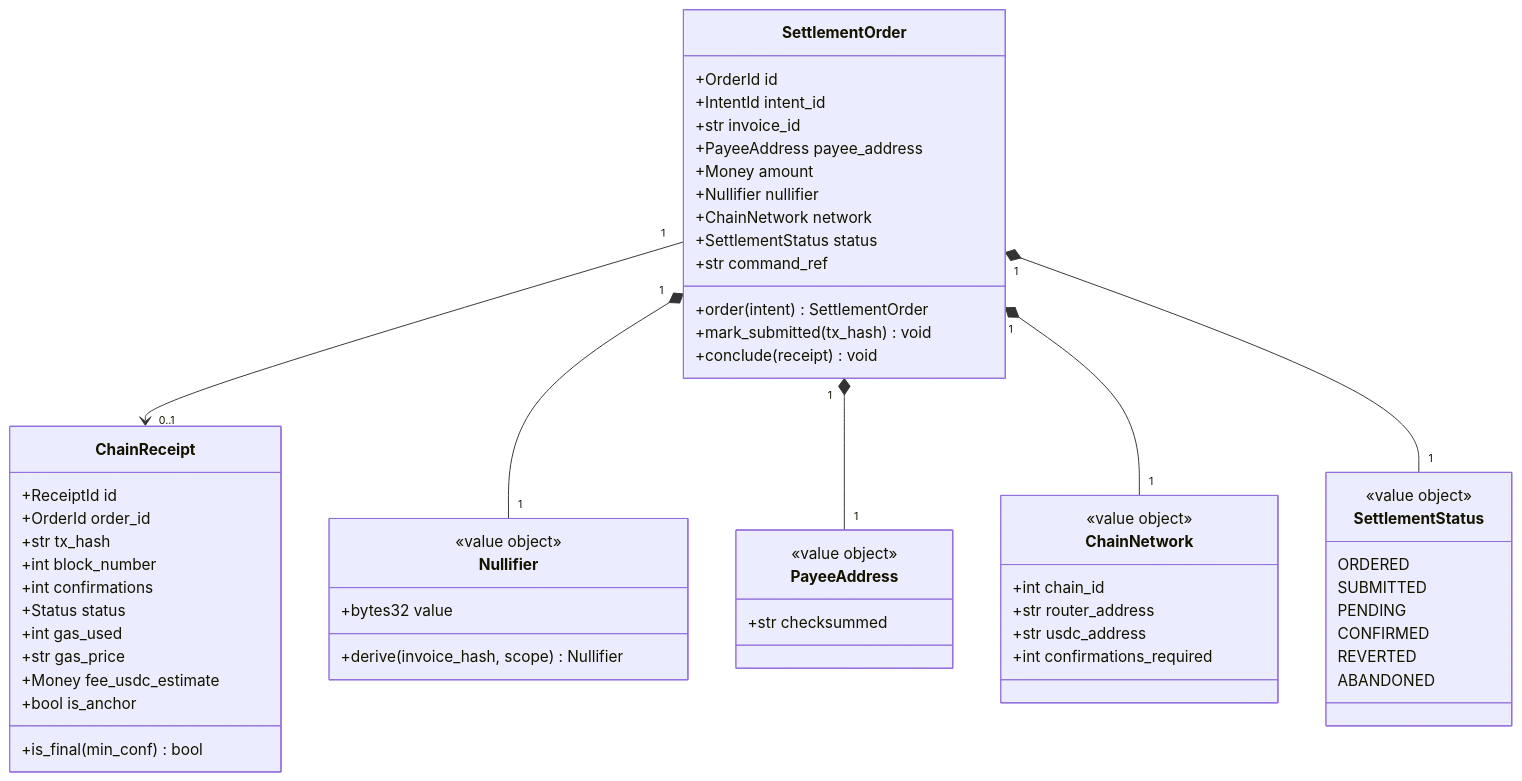
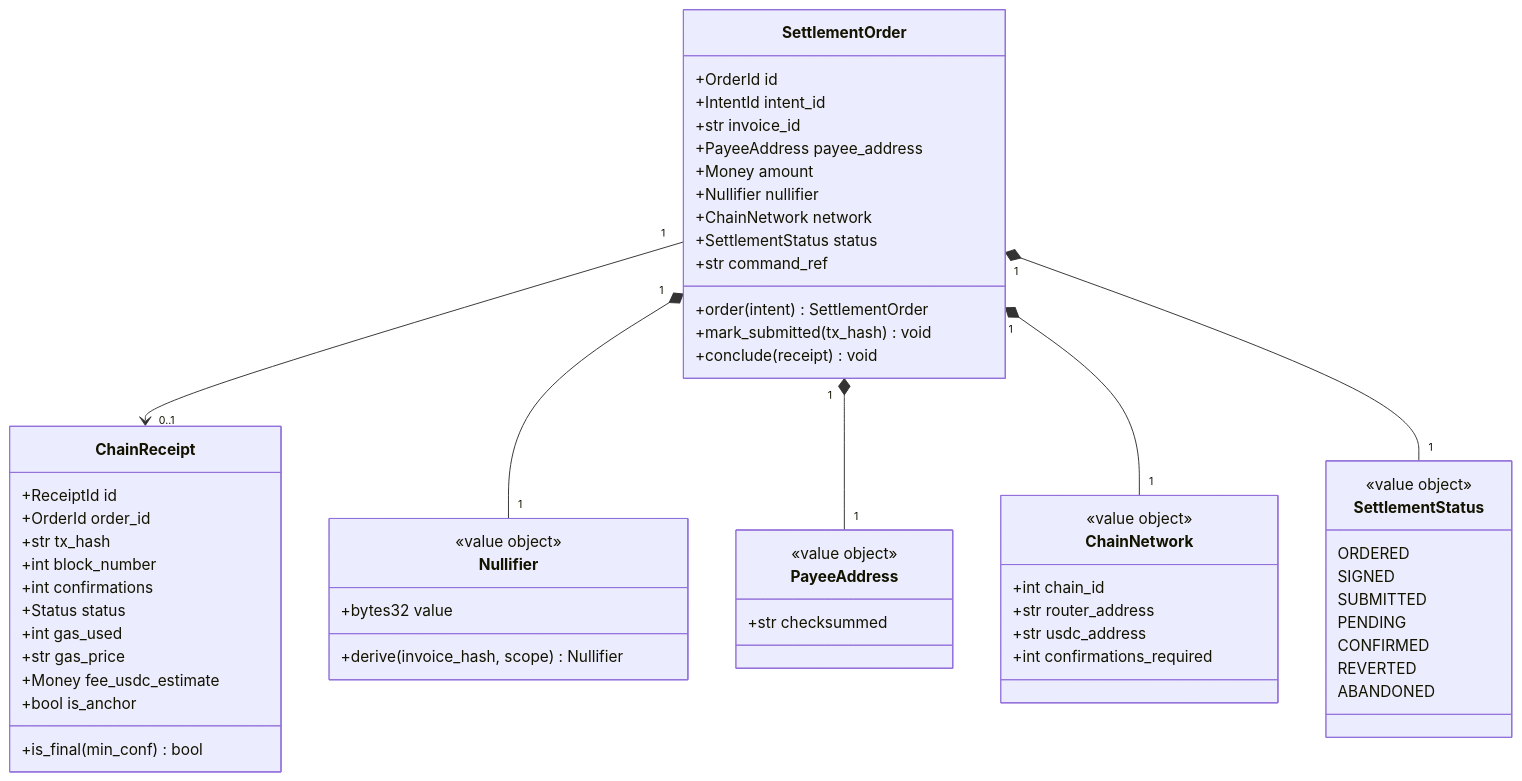
Before and after one commit to arman-jalili/bursar: the second of 4 diagrams in backend/.pi/architecture/modules/settlement.md, drawn with Mermaid. The commit also changed other lines of this file and 26 other files, not shown here.

````diff
--- a/backend/.pi/architecture/modules/settlement.md
+++ b/backend/.pi/architecture/modules/settlement.md
@@ -164,61 +178,62 @@
 ```mermaid
 classDiagram
     class SettlementOrder {
         +OrderId id
         +IntentId intent_id
         +str invoice_id
         +PayeeAddress payee_address
         +Money amount
         +Nullifier nullifier
         +ChainNetwork network
         +SettlementStatus status
         +str command_ref
         +order(intent) SettlementOrder
         +mark_submitted(tx_hash) void
         +conclude(receipt) void
     }
     class ChainReceipt {
         +ReceiptId id
         +OrderId order_id
         +str tx_hash
         +int block_number
         +int confirmations
         +Status status
         +int gas_used
         +str gas_price
         +Money fee_usdc_estimate
         +bool is_anchor
         +is_final(min_conf) bool
     }
     class Nullifier {
         <<value object>>
         +bytes32 value
         +derive(invoice_hash, scope) Nullifier
     }
     class PayeeAddress {
         <<value object>>
         +str checksummed
     }
     class ChainNetwork {
         <<value object>>
         +int chain_id
         +str router_address
         +str usdc_address
         +int confirmations_required
     }
     class SettlementStatus {
         <<value object>>
         <<enumeration>>
         ORDERED
+        SIGNED
         SUBMITTED
         PENDING
         CONFIRMED
         REVERTED
         ABANDONED
     }
     SettlementOrder "1" --> "0..1" ChainReceipt
     SettlementOrder "1" *-- "1" Nullifier
     SettlementOrder "1" *-- "1" PayeeAddress
     SettlementOrder "1" *-- "1" ChainNetwork
     SettlementOrder "1" *-- "1" SettlementStatus
 ```
````
